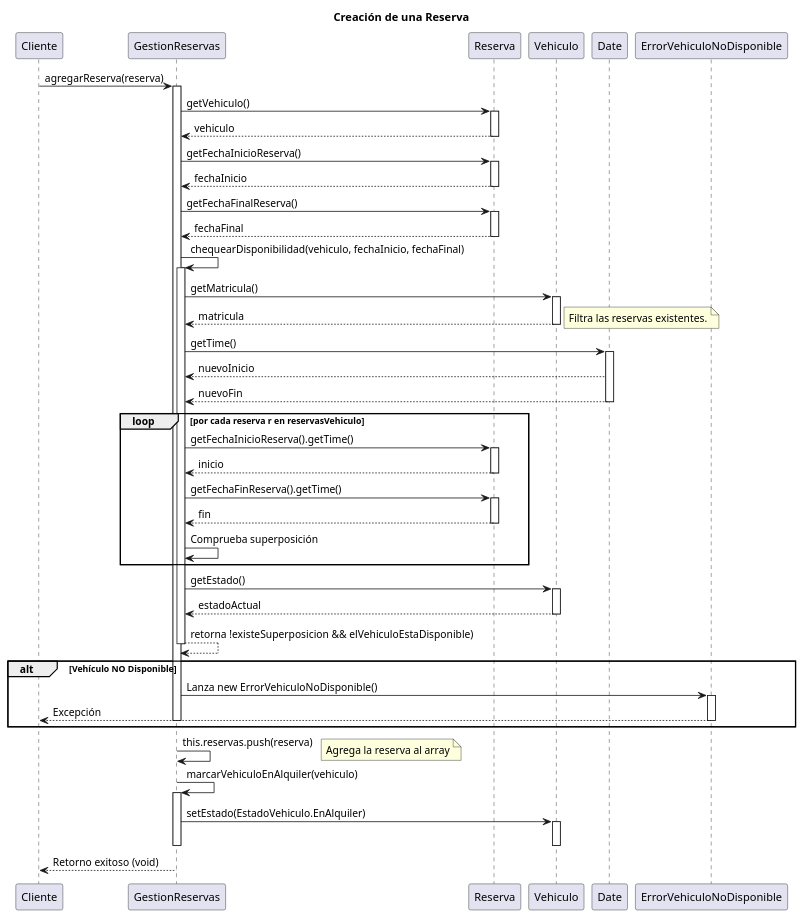
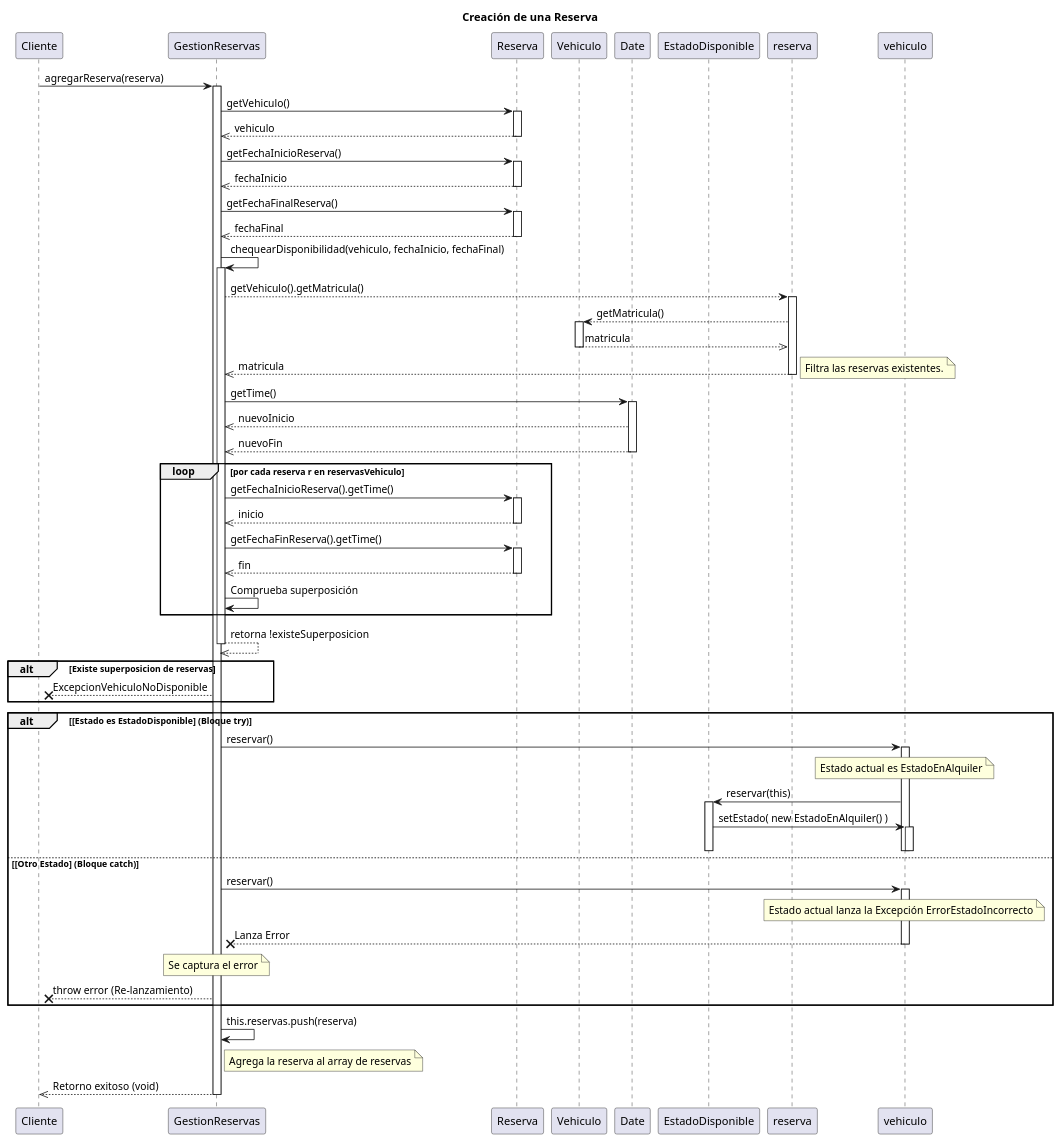
One commit to AndresCastro-hub/Tp-Alquiler-de-autos changed the diagram in diagramas/sequencia/secuenciaCrearReserva.puml. Above: the diagram before and after it, drawn with PlantUML. The commit also changed 2 other files, not shown here.

Commit message:
Actualizado diagrama de secuencia crear reserva

```diff
--- a/diagramas/sequencia/secuenciaCrearReserva.puml
+++ b/diagramas/sequencia/secuenciaCrearReserva.puml
@@ -1,92 +1,104 @@
-@startuml
+@startuml Crear Reserva
 title Creación de una Reserva
 
 participant Cliente
 participant GestionReservas as "GestionReservas"
 participant Reserva as "Reserva"
 participant Vehiculo as "Vehiculo"
 participant Date as "Date"
-participant ErrorVehiculoNoDisponible as "ErrorVehiculoNoDisponible"
+participant EstadoDisponible as "EstadoDisponible"
 
 ' INICIO: Llamada inicial desde el "Cliente"
 Cliente -> GestionReservas : agregarReserva(reserva)
 activate GestionReservas
 
-' 1. Obtener datos de la Reserva
-GestionReservas -> Reserva : getVehiculo()
-activate Reserva
-Reserva --> GestionReservas : vehiculo
-deactivate Reserva
+    ' 1. Obtener datos de la Reserva
+    GestionReservas -> Reserva : getVehiculo()
+    activate Reserva
+    Reserva -->> GestionReservas : vehiculo
+    deactivate Reserva
 
-GestionReservas -> Reserva : getFechaInicioReserva()
-activate Reserva
-Reserva --> GestionReservas : fechaInicio
-deactivate Reserva
+    GestionReservas -> Reserva : getFechaInicioReserva()
+    activate Reserva
+    Reserva -->> GestionReservas : fechaInicio
+    deactivate Reserva
 
-GestionReservas -> Reserva : getFechaFinalReserva()
-activate Reserva
-Reserva --> GestionReservas : fechaFinal
-deactivate Reserva
+    GestionReservas -> Reserva : getFechaFinalReserva()
+    activate Reserva
+    Reserva -->> GestionReservas : fechaFinal
+    deactivate Reserva
 
-'Chequeo de Disponibilidad'
+    'Chequeo de Disponibilidad'
 
-GestionReservas -> GestionReservas : chequearDisponibilidad(vehiculo, fechaInicio, fechaFinal)
-activate GestionReservas
-    GestionReservas -> Vehiculo : getMatricula()
-    activate Vehiculo
-    Vehiculo --> GestionReservas : matricula
-    deactivate Vehiculo
+    GestionReservas -> GestionReservas : chequearDisponibilidad(vehiculo, fechaInicio, fechaFinal)
+    activate GestionReservas
+        GestionReservas --> reserva: getVehiculo().getMatricula()
+        activate reserva
+            reserva --> Vehiculo : getMatricula()
+            activate Vehiculo
+                Vehiculo -->> reserva : matricula
+            deactivate Vehiculo
 
-    note right : Filtra las reservas existentes.
+            reserva -->> GestionReservas : matricula
+        deactivate reserva
 
-    GestionReservas -> Date : getTime()
-    activate Date
-    Date --> GestionReservas : nuevoInicio
-    Date --> GestionReservas : nuevoFin
-    deactivate Date
+        note right : Filtra las reservas existentes.
 
-    loop por cada reserva r en reservasVehiculo
-        GestionReservas -> Reserva : getFechaInicioReserva().getTime()
-        activate Reserva
-        Reserva --> GestionReservas : inicio
-        deactivate Reserva
-        GestionReservas -> Reserva : getFechaFinReserva().getTime()
-        activate Reserva
-        Reserva --> GestionReservas : fin
-        deactivate Reserva
-        GestionReservas -> GestionReservas : Comprueba superposición
+        GestionReservas -> Date : getTime()
+        activate Date
+            Date -->> GestionReservas : nuevoInicio
+            Date -->> GestionReservas : nuevoFin
+        deactivate Date
+
+        loop por cada reserva r en reservasVehiculo
+            GestionReservas -> Reserva : getFechaInicioReserva().getTime()
+            activate Reserva
+                Reserva -->> GestionReservas : inicio
+            deactivate Reserva
+
+            GestionReservas -> Reserva : getFechaFinReserva().getTime()
+            activate Reserva
+                Reserva -->> GestionReservas : fin
+            deactivate Reserva
+
+            GestionReservas -> GestionReservas : Comprueba superposición
+        end
+
+        GestionReservas -->> GestionReservas : retorna !existeSuperposicion
+    deactivate GestionReservas
+
+    'Evaluación y Ejecución'
+
+    alt Existe superposicion de reservas
+        GestionReservas --x Cliente : ExcepcionVehiculoNoDisponible
     end
 
-    GestionReservas -> Vehiculo : getEstado()
-    activate Vehiculo
-    Vehiculo --> GestionReservas : estadoActual
-    deactivate Vehiculo
+    alt **[Estado es EstadoDisponible]** (Bloque try)
+        GestionReservas -> vehiculo: reservar()
+        activate vehiculo
+            Note over vehiculo : Estado actual es EstadoEnAlquiler
+            vehiculo -> EstadoDisponible : reservar(this)
+            activate EstadoDisponible
+                EstadoDisponible -> vehiculo : setEstado( new EstadoEnAlquiler() )
+                activate vehiculo
+                deactivate vehiculo
+            deactivate EstadoDisponible
+        deactivate vehiculo
+    else **[Otro Estado]** (Bloque catch)
+        GestionReservas -> vehiculo : reservar()
+        activate vehiculo
+            Note over vehiculo: Estado actual lanza la Excepción ErrorEstadoIncorrecto
+            vehiculo --x GestionReservas : Lanza Error
+        deactivate vehiculo
+        Note over GestionReservas: Se captura el error
+        GestionReservas --x Cliente : throw error (Re-lanzamiento)
+    end
 
-    GestionReservas --> GestionReservas : retorna !existeSuperposicion && elVehiculoEstaDisponible)
-deactivate GestionReservas
+    ' Persistir la Reserva
+    GestionReservas -> GestionReservas : this.reservas.push(reserva)
+    note right of GestionReservas : Agrega la reserva al array de reservas
 
- 'Evaluación y Ejecución'
-
-alt Vehículo NO Disponible
-    GestionReservas -> ErrorVehiculoNoDisponible : Lanza new ErrorVehiculoNoDisponible()
-    activate ErrorVehiculoNoDisponible
-    ErrorVehiculoNoDisponible --> Cliente : Excepción
-    deactivate ErrorVehiculoNoDisponible
-    deactivate GestionReservas
-end
-' Persistir la Reserva
-GestionReservas -> GestionReservas : this.reservas.push(reserva)
-note right : Agrega la reserva al array
-
-' Marcar Vehículo como En Alquiler
-GestionReservas -> GestionReservas : marcarVehiculoEnAlquiler(vehiculo)
-activate GestionReservas
-    GestionReservas -> Vehiculo : setEstado(EstadoVehiculo.EnAlquiler)
-    activate Vehiculo
-    deactivate Vehiculo
-deactivate GestionReservas
-
-GestionReservas --> Cliente : Retorno exitoso (void)
+    GestionReservas -->> Cliente : Retorno exitoso (void)
 deactivate GestionReservas
 
 @enduml
```
